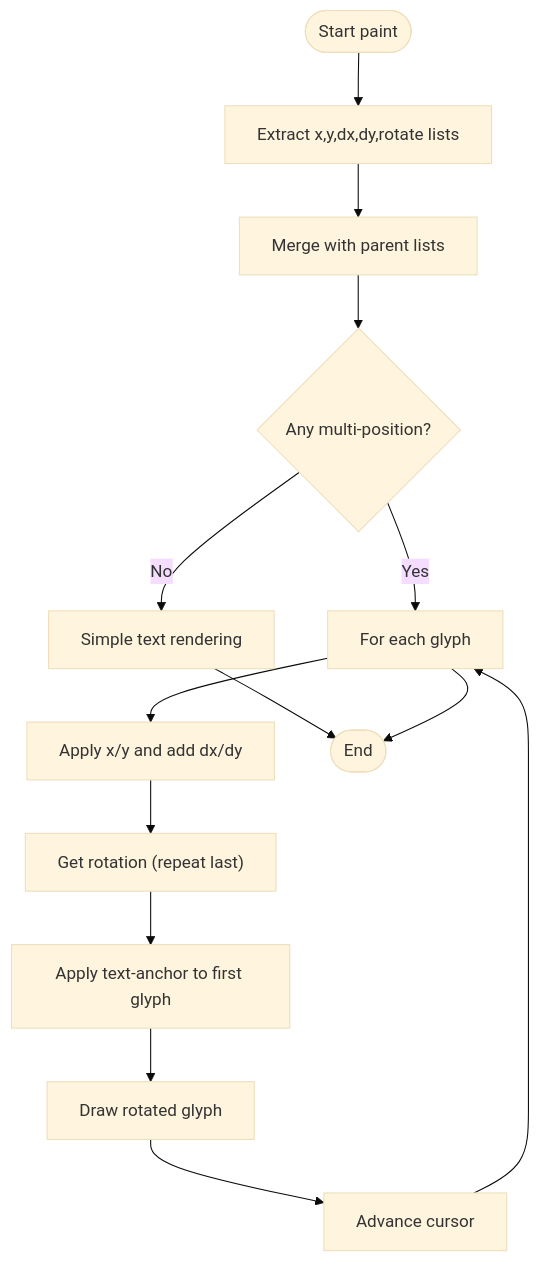
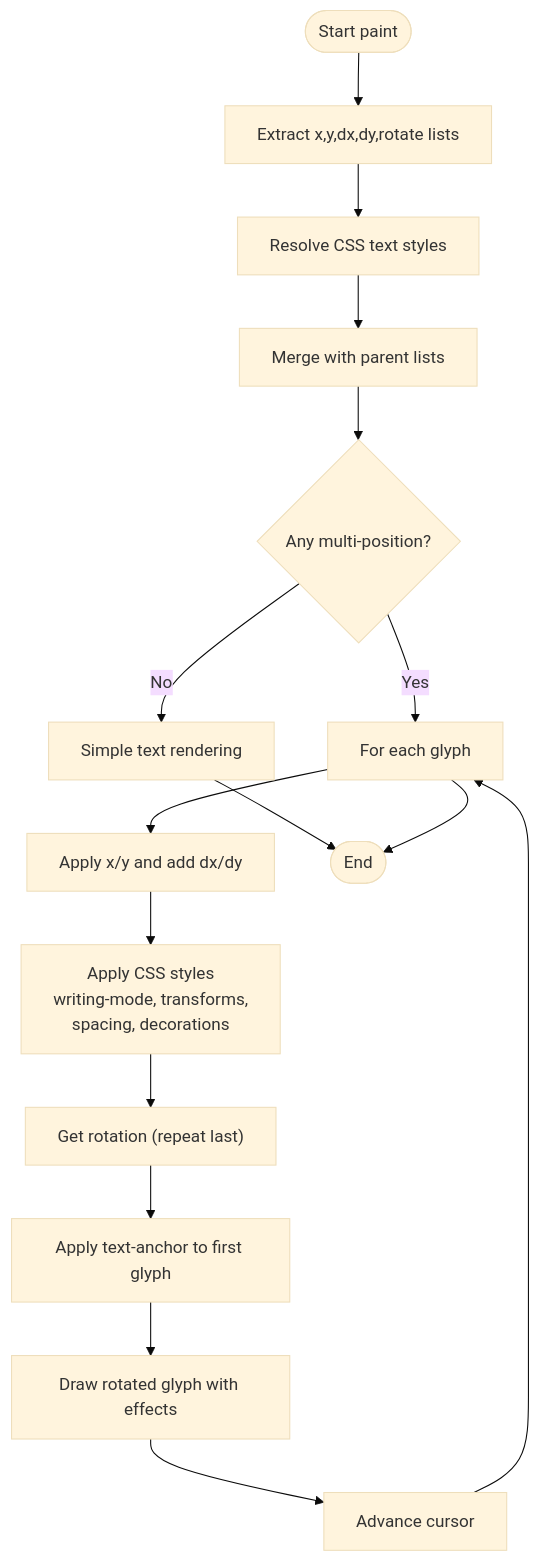
Before and after one commit to denisnadey/flutter_full_svg_support: the fourth of 5 diagrams in .qoder/repowiki/en/content/Animated SVG Support/Text Positioning Attributes.md, drawn with Mermaid (base theme). The commit also changed other lines of this file and 86 other files, not shown here.

````diff
--- a/.qoder/repowiki/en/content/Animated SVG Support/Text Positioning Attributes.md
+++ b/.qoder/repowiki/en/content/Animated SVG Support/Text Positioning Attributes.md
@@ -153,16 +237,18 @@
 ```mermaid
 flowchart TD
 Start(["Start paint"]) --> Extract["Extract x,y,dx,dy,rotate lists"]
-Extract --> Merge["Merge with parent lists"]
+Extract --> CSS["Resolve CSS text styles"]
+CSS --> Merge["Merge with parent lists"]
 Merge --> HasMulti{"Any multi-position?"}
 HasMulti --> |No| Simple["Simple text rendering"]
 HasMulti --> |Yes| Loop["For each glyph"]
 Loop --> ApplyPos["Apply x/y and add dx/dy"]
-ApplyPos --> Rotate["Get rotation (repeat last)"]
+ApplyPos --> CSSApply["Apply CSS styles<br/>writing-mode, transforms,<br/>spacing, decorations"]
+CSSApply --> Rotate["Get rotation (repeat last)"]
 Rotate --> Anchor["Apply text-anchor to first glyph"]
-Anchor --> Draw["Draw rotated glyph"]
+Anchor --> Draw["Draw rotated glyph with effects"]
 Draw --> Next["Advance cursor"]
 Next --> Loop
 Simple --> End(["End"])
 Loop --> End
 ```
````
